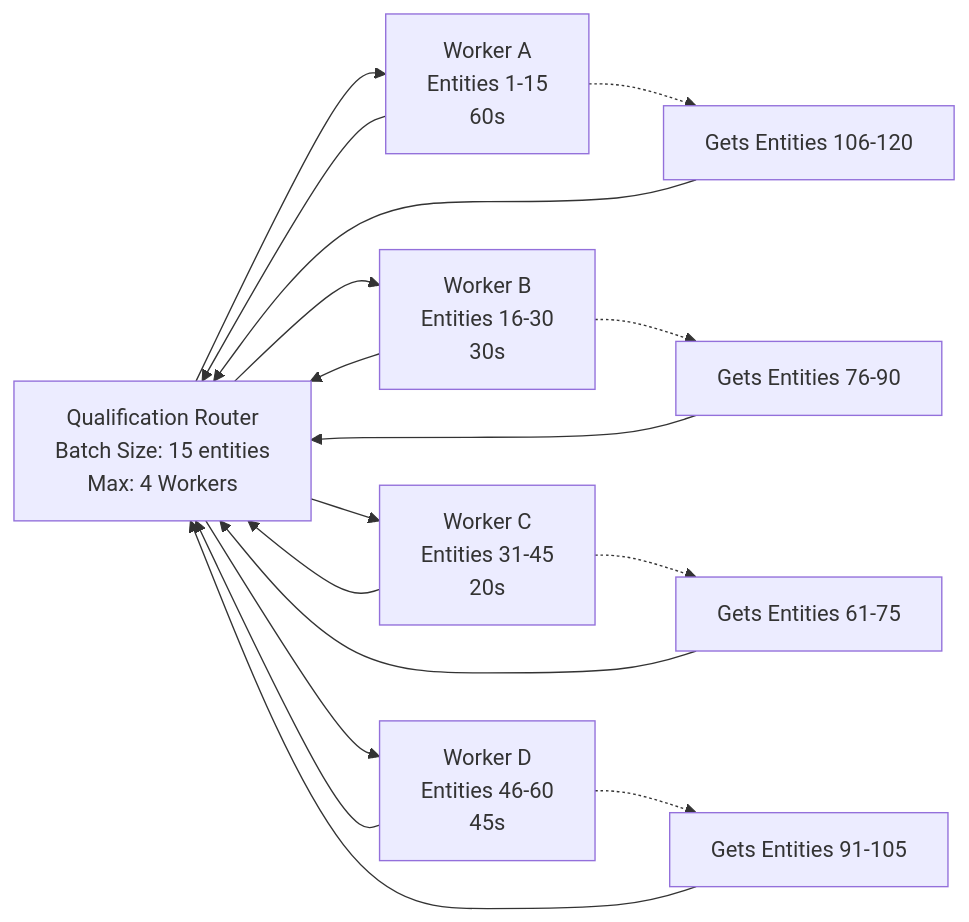
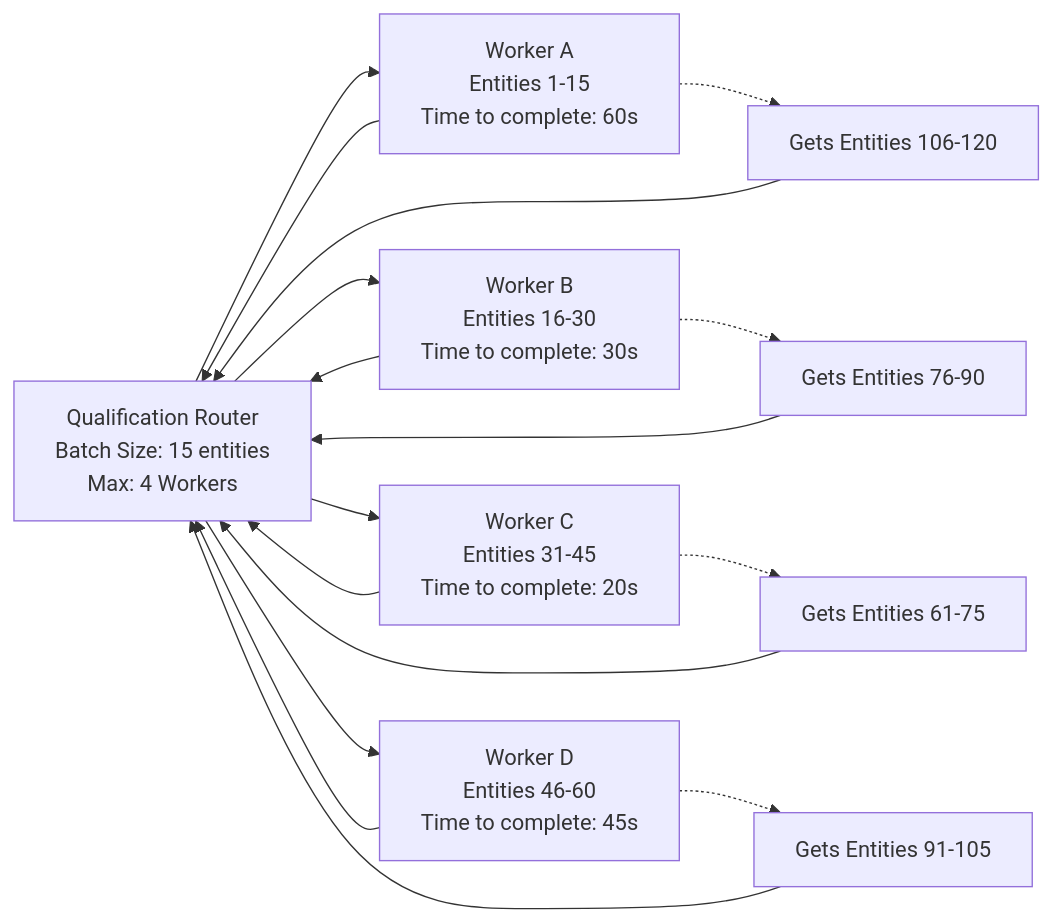
Before and after one commit to jzhang17/open-websets: the first of 2 diagrams in README.md, drawn with Mermaid. The commit also changed other lines of this file, not shown here.

````diff
--- a/README.md
+++ b/README.md
@@ -79,25 +79,25 @@
 ```mermaid
 graph LR
     B[Qualification Router<br/>Batch Size: 15 entities<br/>Max: 4 Workers]
     
-    B --> C[Worker A<br/>Entities 1-15<br/>60s]
-    B --> D[Worker B<br/>Entities 16-30<br/>30s] 
-    B --> E[Worker C<br/>Entities 31-45<br/>20s]
-    B --> F[Worker D<br/>Entities 46-60<br/>45s]
+    B --> C[Worker A<br/>Entities 1-15<br/>Time to complete: 60s]
+    B --> D[Worker B<br/>Entities 16-30<br/>Time to complete: 30s] 
+    B --> E[Worker C<br/>Entities 31-45<br/>Time to complete: 20s]
+    B --> F[Worker D<br/>Entities 46-60<br/>Time to complete: 45s]
     
     C --> B
     D --> B
     E --> B  
     F --> B
     
     %% Show dynamic reassignment as workers complete
     E -.-> H[Gets Entities 61-75]
     D -.-> I[Gets Entities 76-90] 
     F -.-> J[Gets Entities 91-105]
     C -.-> K[Gets Entities 106-120]
     
     H --> B
     I --> B
     J --> B
     K --> B
 ```
````
